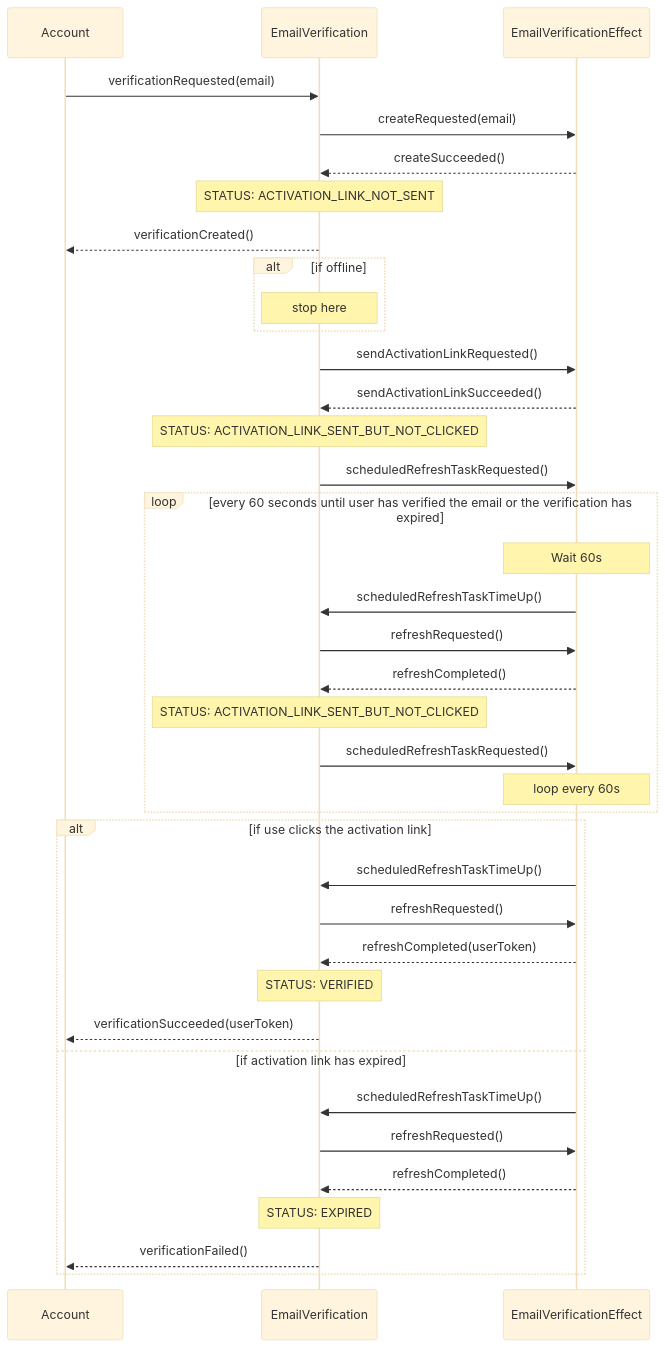
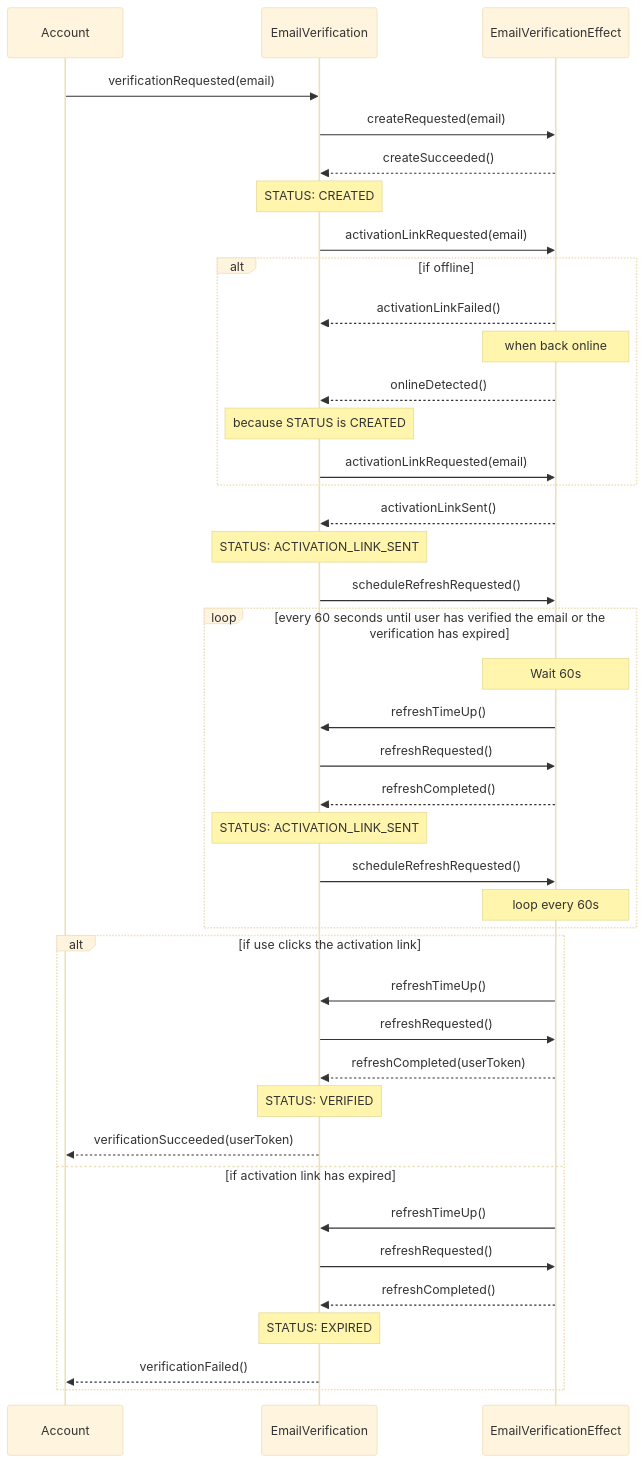
One commit to BenLayet/meditation-timer changed the second of 4 diagrams in docs/workflows/create-account.md. Above: the diagram before and after it, drawn with Mermaid (base theme). The commit also changed other lines of this file and 31 other files, not shown here.

````diff
--- a/docs/workflows/create-account.md
+++ b/docs/workflows/create-account.md
@@ -23,44 +25,47 @@
 ```mermaid
 sequenceDiagram
     participant Account
     participant EmailVerification
     participant EmailVerificationEffect
 
     Account ->> EmailVerification: verificationRequested(email)
     EmailVerification ->> EmailVerificationEffect: createRequested(email)
     EmailVerificationEffect -->> EmailVerification: createSucceeded()
-    Note over EmailVerification: STATUS: ACTIVATION_LINK_NOT_SENT
-    EmailVerification -->> Account: verificationCreated()
+    Note over EmailVerification: STATUS: CREATED
+    EmailVerification ->> EmailVerificationEffect: activationLinkRequested(email)
     alt if offline
-        Note over EmailVerification: stop here
+        EmailVerificationEffect -->> EmailVerification: activationLinkFailed()
+        Note over EmailVerificationEffect: when back online
+        EmailVerificationEffect -->> EmailVerification: onlineDetected()
+        Note over EmailVerification: because STATUS is CREATED
+        EmailVerification ->> EmailVerificationEffect: activationLinkRequested(email)
     end
-    EmailVerification ->> EmailVerificationEffect: sendActivationLinkRequested()
     %% Note over EmailVerificationEffect: save retrieveToken in local storage
-    EmailVerificationEffect -->> EmailVerification: sendActivationLinkSucceeded()
-    Note over EmailVerification: STATUS: ACTIVATION_LINK_SENT_BUT_NOT_CLICKED
-    EmailVerification ->> EmailVerificationEffect: scheduledRefreshTaskRequested()
+    EmailVerificationEffect -->> EmailVerification: activationLinkSent()
+    Note over EmailVerification: STATUS: ACTIVATION_LINK_SENT
+    EmailVerification ->> EmailVerificationEffect: scheduleRefreshRequested()
     loop every 60 seconds until user has verified the email or the verification has expired
         Note over EmailVerificationEffect: Wait 60s
-        EmailVerificationEffect ->> EmailVerification: scheduledRefreshTaskTimeUp()
+        EmailVerificationEffect ->> EmailVerification: refreshTimeUp()
         EmailVerification ->> EmailVerificationEffect: refreshRequested()
         EmailVerificationEffect -->> EmailVerification: refreshCompleted()
-        Note over EmailVerification: STATUS: ACTIVATION_LINK_SENT_BUT_NOT_CLICKED
-        EmailVerification ->> EmailVerificationEffect: scheduledRefreshTaskRequested()
+        Note over EmailVerification: STATUS: ACTIVATION_LINK_SENT
+        EmailVerification ->> EmailVerificationEffect: scheduleRefreshRequested()
         Note over EmailVerificationEffect: loop every 60s
 
     end
     alt if use clicks the activation link
-        EmailVerificationEffect ->> EmailVerification: scheduledRefreshTaskTimeUp()
+        EmailVerificationEffect ->> EmailVerification: refreshTimeUp()
         EmailVerification ->> EmailVerificationEffect: refreshRequested()
         EmailVerificationEffect -->> EmailVerification: refreshCompleted(userToken)
         Note over EmailVerification: STATUS: VERIFIED
         EmailVerification -->> Account: verificationSucceeded(userToken)
     else if activation link has expired
-        EmailVerificationEffect ->> EmailVerification: scheduledRefreshTaskTimeUp()
+        EmailVerificationEffect ->> EmailVerification: refreshTimeUp()
         EmailVerification ->> EmailVerificationEffect: refreshRequested()
         EmailVerificationEffect -->> EmailVerification: refreshCompleted()
         Note over EmailVerification: STATUS: EXPIRED
         EmailVerification -->> Account: verificationFailed()
-        
+
     end
 ```
````
